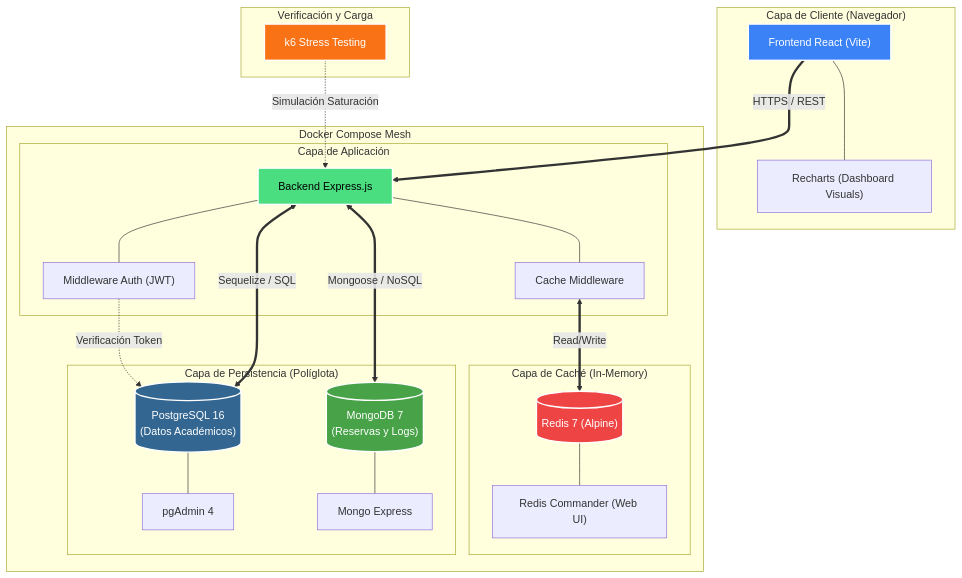
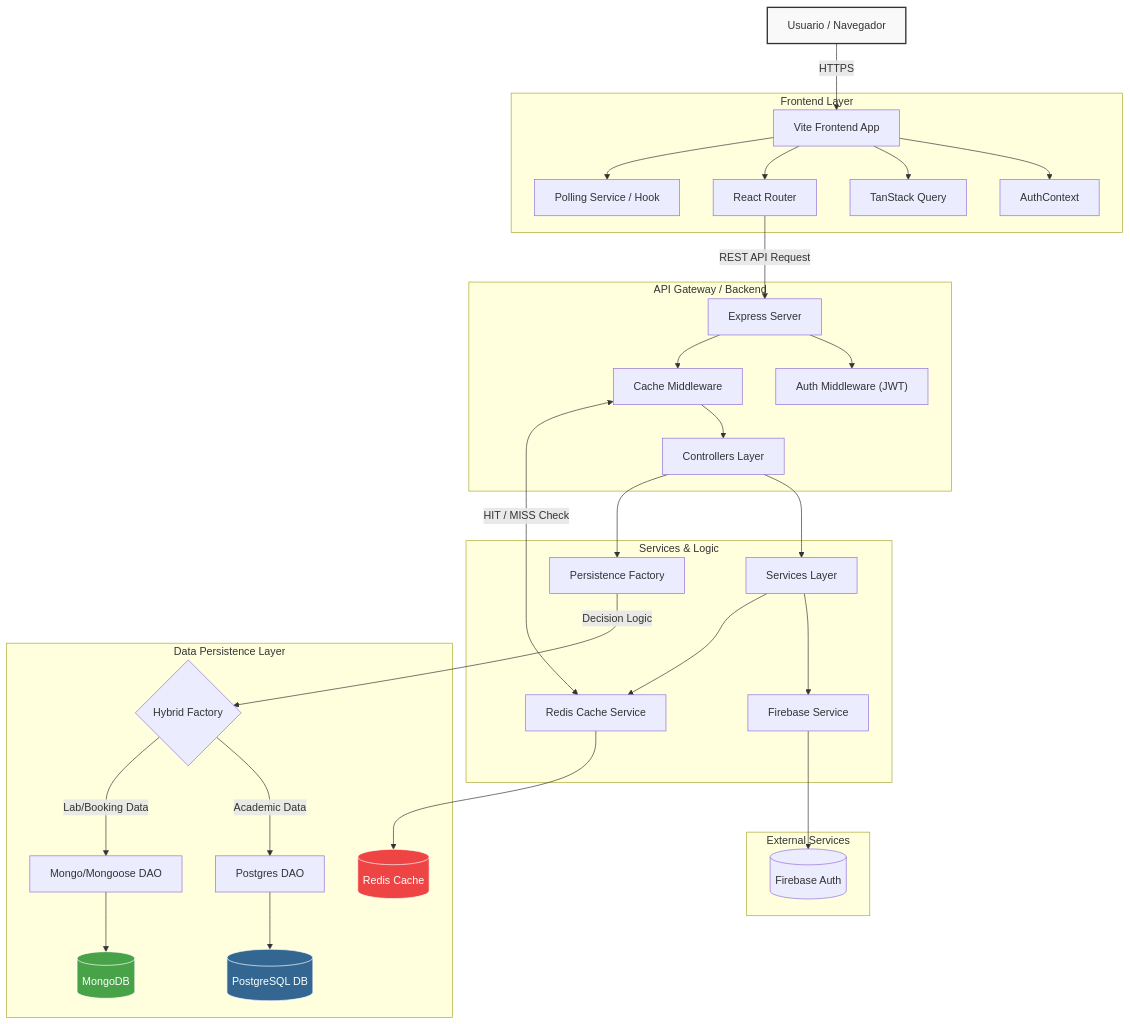
One commit to BryanS1996/Sistema_Laboratorios_Arqui changed the diagram in FULL_ARCHITECTURE.md. Above: the diagram before and after it, drawn with Mermaid. The commit also changed other lines of this file, not shown here.

Commit message:
Docs: Update architecture diagram to detailed DAO/Factory structure with Redis

````diff
--- a/FULL_ARCHITECTURE.md
+++ b/FULL_ARCHITECTURE.md
@@ -7,53 +9,46 @@
 ```mermaid
-graph TB
-    subgraph "Capa de Cliente (Navegador)"
-        UI["Frontend React (Vite)"]
-        Recharts["Recharts (Dashboard Visuals)"]
-        UI --- Recharts
+graph TD
+    User[Usuario / Navegador] -->|HTTPS| Frontend[Vite Frontend App]
+    
+    subgraph "Frontend Layer"
+        Frontend --> AuthCtx[AuthContext]
+        Frontend --> Query[TanStack Query]
+        Frontend --> Router[React Router]
+        Frontend --> Polling[Polling Service / Hook]
+    end
+    
+    subgraph "API Gateway / Backend"
+        Router -->|REST API Request| Express[Express Server]
+        Express --> AuthMw["Auth Middleware (JWT)"]
+        Express --> CacheMw[Cache Middleware]
+        CacheMw --> Controllers[Controllers Layer]
+    end
+    
+    subgraph "Services & Logic"
+        Controllers --> Svc[Services Layer]
+        Controllers --> Factory[Persistence Factory]
+        Svc --> FirebaseSvc[Firebase Service]
+        Svc --> RedisSvc[Redis Cache Service]
+    end
+    
+    subgraph "Data Persistence Layer"
+        Factory -->|Decision Logic| HybridDao{Hybrid Factory}
+        HybridDao -->|Academic Data| PgDAO[Postgres DAO]
+        HybridDao -->|Lab/Booking Data| MongoDAO["Mongo/Mongoose DAO"]
+        CacheMw <-->|HIT / MISS Check| RedisSvc
+        
+        PgDAO --> Postgres[(PostgreSQL DB)]
+        MongoDAO --> MongoDB[(MongoDB)]
+        RedisSvc --> RedisDB[(Redis Cache)]
+    end
+    
+    subgraph "External Services"
+        FirebaseSvc --> Firebase[(Firebase Auth)]
     end
 
-    subgraph "Docker Compose Mesh"
-        subgraph "Capa de Aplicación"
-            API["Backend Express.js"]
-            JWT["Middleware Auth (JWT)"]
-            CacheMid["Cache Middleware"]
-            API --- JWT
-            API --- CacheMid
-        end
-
-        subgraph "Capa de Caché (In-Memory)"
-            Redis[("Redis 7 (Alpine)")]
-            RedisComm["Redis Commander (Web UI)"]
-            Redis --- RedisComm
-        end
-
-        subgraph "Capa de Persistencia (Políglota)"
-            Postgres[("PostgreSQL 16\n(Datos Académicos)")]
-            Mongo[("MongoDB 7\n(Reservas y Logs)")]
-            PGAdmin["pgAdmin 4"]
-            ME["Mongo Express"]
-            Postgres --- PGAdmin
-            Mongo --- ME
-        end
-    end
-
-    subgraph "Verificación y Carga"
-        k6["k6 Stress Testing"]
-    end
-
-    %% Flujos de Datos
-    UI ==>|HTTPS / REST| API
-    JWT -.->|Verificación Token| Postgres
-    CacheMid <==>|Read/Write| Redis
-    API <==>|Sequelize / SQL| Postgres
-    API <==>|Mongoose / NoSQL| Mongo
-    k6 -.->|Simulación Saturación| API
-
-    %% Estilos
-    style UI fill:#3b82f6,stroke:#fff,color:#fff,stroke-width:2px
-    style API fill:#4ade80,stroke:#fff,color:#000,stroke-width:2px
-    style Redis fill:#ef4444,stroke:#fff,color:#fff,stroke-width:2px
-    style Postgres fill:#336791,stroke:#fff,color:#fff,stroke-width:2px
-    style Mongo fill:#47a248,stroke:#fff,color:#fff,stroke-width:2px
-    style k6 fill:#f97316,stroke:#fff,color:#fff,stroke-width:2px
+    %% Estilos Profesionales
+    style User fill:#f9f9f9,stroke:#333,stroke-width:2px
+    style RedisDB fill:#ef4444,stroke:#fff,color:#fff
+    style Postgres fill:#336791,stroke:#fff,color:#fff
+    style MongoDB fill:#47a248,stroke:#fff,color:#fff
 ```
````
